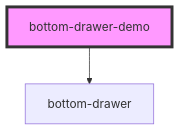
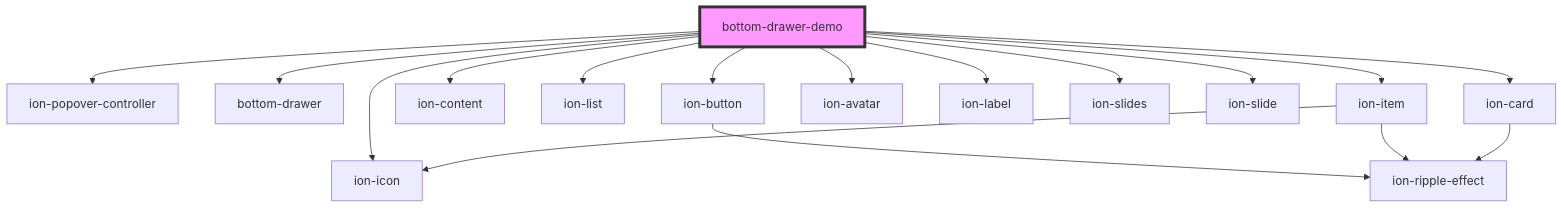
One commit to ionic-team/bottom-drawer-demo changed the diagram in src/components/bottom-drawer/readme.md. Above: the diagram before and after it, drawn with Mermaid. The commit also changed other lines of this file and 3 other files, not shown here.

````diff
--- a/src/components/bottom-drawer/readme.md
+++ b/src/components/bottom-drawer/readme.md
@@ -15,5 +26,20 @@
 ```mermaid
 graph TD;
+  bottom-drawer-demo --> ion-popover-controller
+  bottom-drawer-demo --> ion-icon
   bottom-drawer-demo --> bottom-drawer
+  bottom-drawer-demo --> ion-button
+  bottom-drawer-demo --> ion-content
+  bottom-drawer-demo --> ion-list
+  bottom-drawer-demo --> ion-item
+  bottom-drawer-demo --> ion-avatar
+  bottom-drawer-demo --> ion-label
+  bottom-drawer-demo --> ion-slides
+  bottom-drawer-demo --> ion-slide
+  bottom-drawer-demo --> ion-card
+  ion-button --> ion-ripple-effect
+  ion-item --> ion-icon
+  ion-item --> ion-ripple-effect
+  ion-card --> ion-ripple-effect
   style bottom-drawer-demo fill:#f9f,stroke:#333,stroke-width:4px
 ```
````
